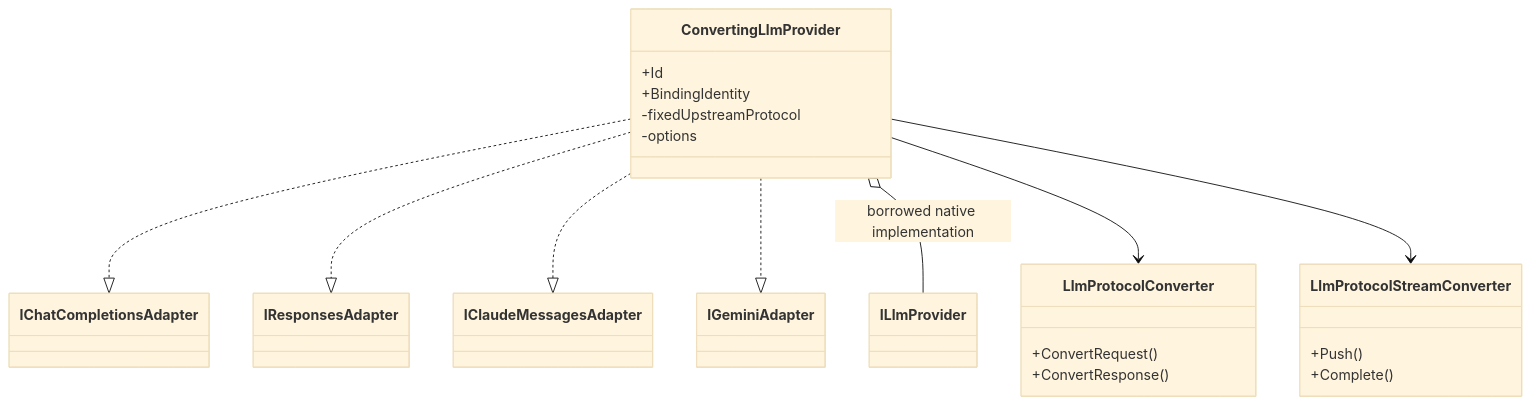
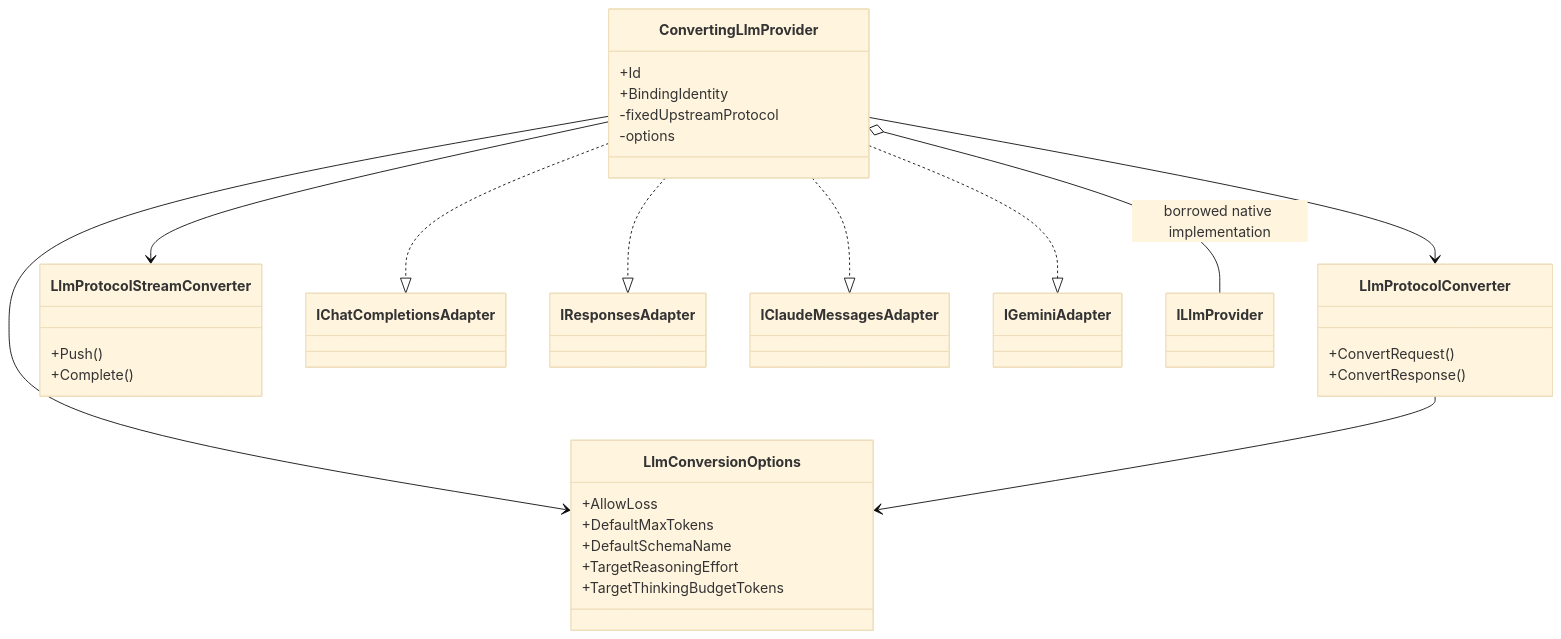
One commit to BenLampson/Asgard.Loki changed the fourth of 5 diagrams in docs/architecture.md. Above: the diagram before and after it, drawn with Mermaid (base theme). The commit also changed other lines of this file and 54 other files, not shown here.

First line of the commit message:
feat(llm): expand reasoning and structured output conversion

````diff
--- a/docs/architecture.md
+++ b/docs/architecture.md
@@ -131,24 +131,33 @@
 ```mermaid
 classDiagram
 class ConvertingLlmProvider {
   +Id
   +BindingIdentity
   -fixedUpstreamProtocol
   -options
 }
 class LlmProtocolConverter {
   +ConvertRequest()
   +ConvertResponse()
 }
 class LlmProtocolStreamConverter {
   +Push()
   +Complete()
 }
+class LlmConversionOptions {
+  +AllowLoss
+  +DefaultMaxTokens
+  +DefaultSchemaName
+  +TargetReasoningEffort
+  +TargetThinkingBudgetTokens
+}
 ConvertingLlmProvider ..|> IChatCompletionsAdapter
 ConvertingLlmProvider ..|> IResponsesAdapter
 ConvertingLlmProvider ..|> IClaudeMessagesAdapter
 ConvertingLlmProvider ..|> IGeminiAdapter
 ConvertingLlmProvider o-- ILlmProvider : borrowed native implementation
 ConvertingLlmProvider --> LlmProtocolConverter
 ConvertingLlmProvider --> LlmProtocolStreamConverter
+ConvertingLlmProvider --> LlmConversionOptions
+LlmProtocolConverter --> LlmConversionOptions
 ```
````
